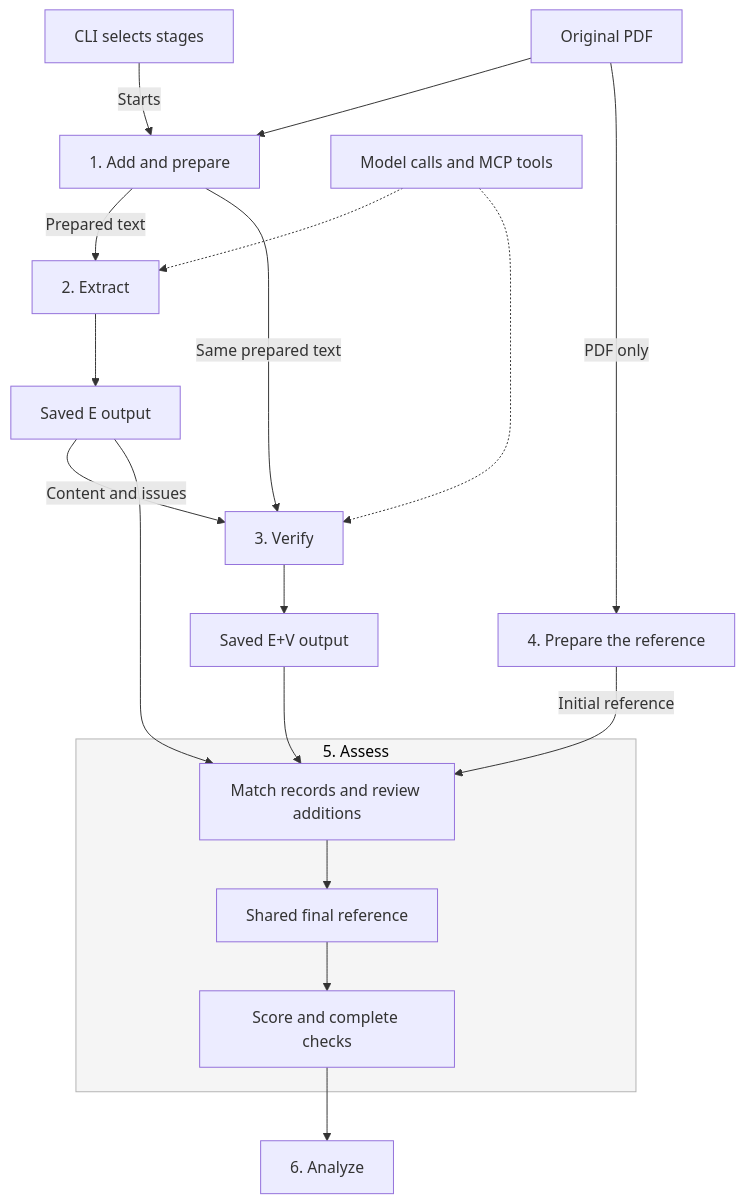
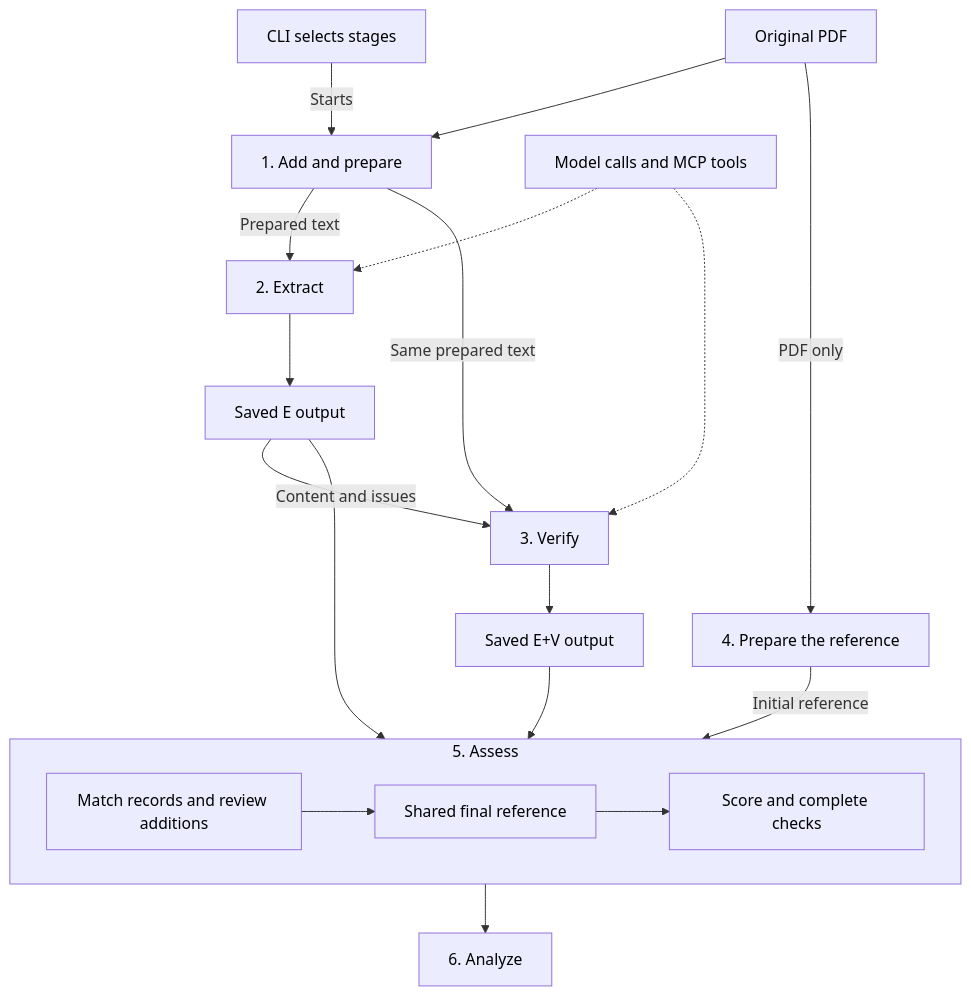
Before and after one commit to nabigac/heat_adaptation_llm_dataset: the diagram in DESIGN.md, drawn with Mermaid. The commit also changed other lines of this file, not shown here.

Commit message:
Clarify design safeguards and align workflow diagram

````diff
--- a/DESIGN.md
+++ b/DESIGN.md
@@ -150,22 +150,25 @@
 ```mermaid
 flowchart TD
     cli["CLI selects stages"] -->|"Starts"| prepare["1. Add and prepare"]
     pdf["Original PDF"] --> prepare
     prepare -->|"Prepared text"| extract["2. Extract"]
     prepare -->|"Same prepared text"| verify["3. Verify"]
     extract --> eOutput["Saved E output"]
     eOutput -->|"Content and issues"| verify
     verify --> evOutput["Saved E+V output"]
     pdf -->|"PDF only"| reference["4. Prepare the reference"]
-    reference -->|"Initial reference"| matchRecords
-    eOutput --> matchRecords
-    evOutput --> matchRecords
+    reference -->|"Initial reference"| assess
+    eOutput --> assess
+    evOutput --> assess
     subgraph assess["5. Assess"]
         matchRecords["Match records and review additions"] --> finalReference["Shared final reference"]
         finalReference --> scoring["Score and complete checks"]
     end
-    scoring --> analysis["6. Analyze"]
+    assess --> analysis["6. Analyze"]
     sharedSupport["Model calls and MCP tools"] -.-> extract
     sharedSupport -.-> verify
-    style assess fill:#F5F5F5,stroke:#B3B3B3,color:#000000
+    classDef default fill:#ECECFF,stroke:#9370DB,color:#000000
+    classDef assessmentStep fill:transparent,stroke:#9370DB,color:#000000
+    class matchRecords,finalReference,scoring assessmentStep
+    style assess fill:#ECECFF,stroke:#9370DB,color:#000000
 ```
````
